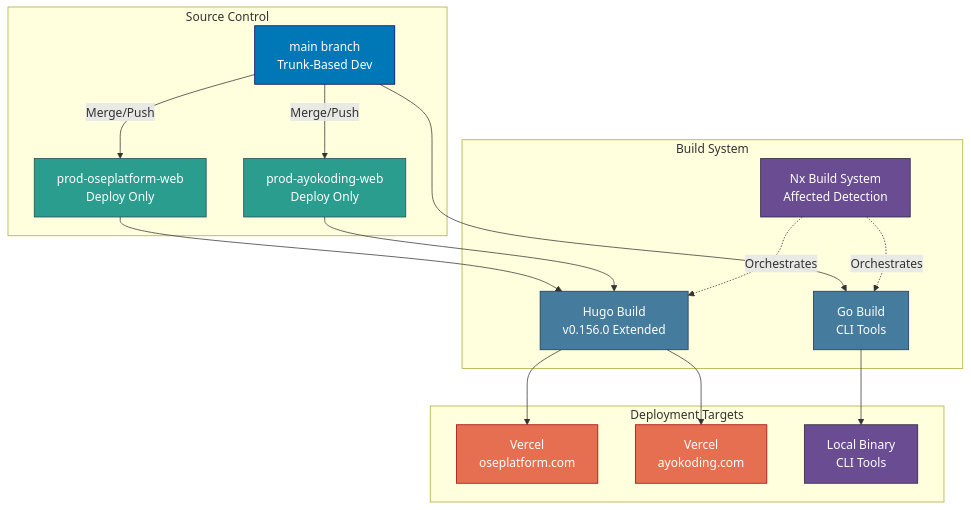
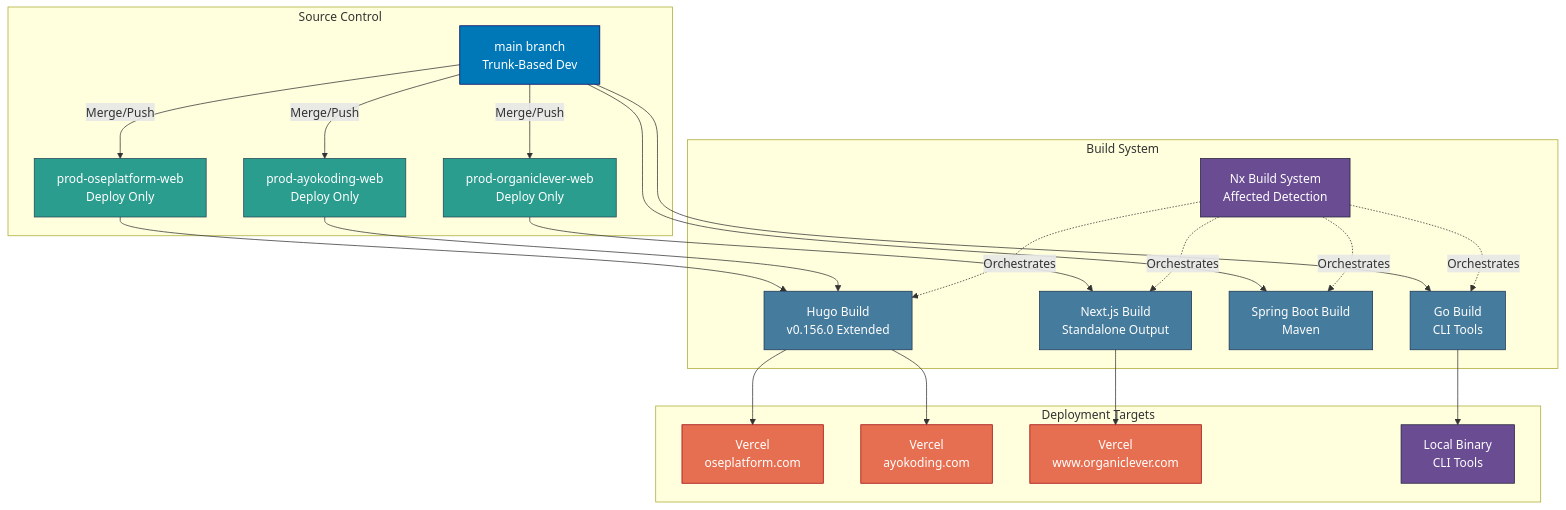
Before and after one commit to wahidyankf/open-sharia-enterprise: diagram 11 of 13 in docs/reference/re__system-architecture.md, drawn with Mermaid. The commit also changed other lines of this file and 3 other files, not shown here.

````diff
--- a/docs/reference/re__system-architecture.md
+++ b/docs/reference/re__system-architecture.md
@@ -645,44 +704,58 @@
 ```mermaid
 graph TB
     subgraph "Source Control"
         MAIN[main branch<br/>Trunk-Based Dev]
         PROD_OSE[prod-oseplatform-web<br/>Deploy Only]
         PROD_AYO[prod-ayokoding-web<br/>Deploy Only]
+        PROD_OL[prod-organiclever-web<br/>Deploy Only]
     end
 
     subgraph "Build System"
         NX_BUILD[Nx Build System<br/>Affected Detection]
         HUGO_BUILD[Hugo Build<br/>v0.156.0 Extended]
+        NEXT_BUILD[Next.js Build<br/>Standalone Output]
+        SPRING_BUILD[Spring Boot Build<br/>Maven]
         GO_BUILD[Go Build<br/>CLI Tools]
     end
 
     subgraph "Deployment Targets"
         VERCEL_OSE[Vercel<br/>oseplatform.com]
         VERCEL_AYO[Vercel<br/>ayokoding.com]
+        VERCEL_OL[Vercel<br/>www.organiclever.com]
         LOCAL[Local Binary<br/>CLI Tools]
     end
 
     MAIN -->|Merge/Push| PROD_OSE
     MAIN -->|Merge/Push| PROD_AYO
+    MAIN -->|Merge/Push| PROD_OL
 
     PROD_OSE --> HUGO_BUILD
     PROD_AYO --> HUGO_BUILD
+    PROD_OL --> NEXT_BUILD
     MAIN --> GO_BUILD
+    MAIN --> SPRING_BUILD
 
     HUGO_BUILD --> VERCEL_OSE
     HUGO_BUILD --> VERCEL_AYO
+    NEXT_BUILD --> VERCEL_OL
     GO_BUILD --> LOCAL
 
     NX_BUILD -.->|Orchestrates| HUGO_BUILD
+    NX_BUILD -.->|Orchestrates| NEXT_BUILD
+    NX_BUILD -.->|Orchestrates| SPRING_BUILD
     NX_BUILD -.->|Orchestrates| GO_BUILD
 
     style MAIN fill:#0077b6,stroke:#03045e,color:#ffffff
     style PROD_OSE fill:#2a9d8f,stroke:#264653,color:#ffffff
     style PROD_AYO fill:#2a9d8f,stroke:#264653,color:#ffffff
+    style PROD_OL fill:#2a9d8f,stroke:#264653,color:#ffffff
     style NX_BUILD fill:#6a4c93,stroke:#22223b,color:#ffffff
     style HUGO_BUILD fill:#457b9d,stroke:#1d3557,color:#ffffff
+    style NEXT_BUILD fill:#457b9d,stroke:#1d3557,color:#ffffff
+    style SPRING_BUILD fill:#457b9d,stroke:#1d3557,color:#ffffff
     style GO_BUILD fill:#457b9d,stroke:#1d3557,color:#ffffff
     style VERCEL_OSE fill:#e76f51,stroke:#9d0208,color:#ffffff
     style VERCEL_AYO fill:#e76f51,stroke:#9d0208,color:#ffffff
+    style VERCEL_OL fill:#e76f51,stroke:#9d0208,color:#ffffff
     style LOCAL fill:#6a4c93,stroke:#22223b,color:#ffffff
 ```
````
